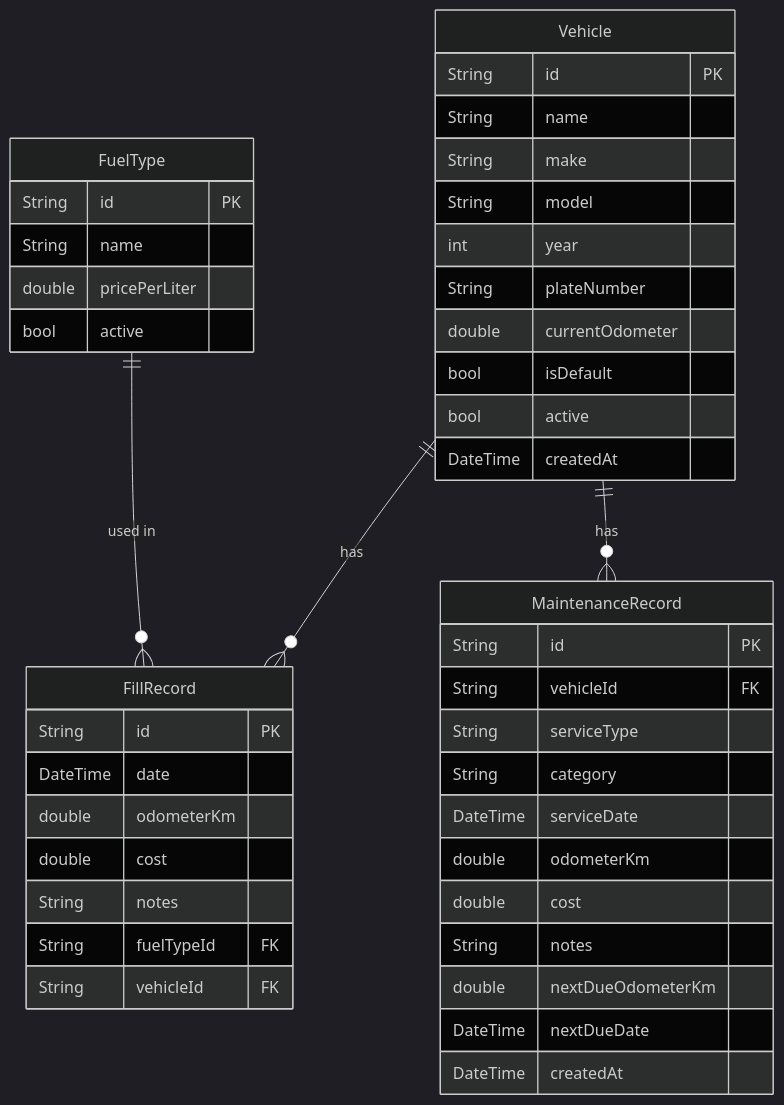
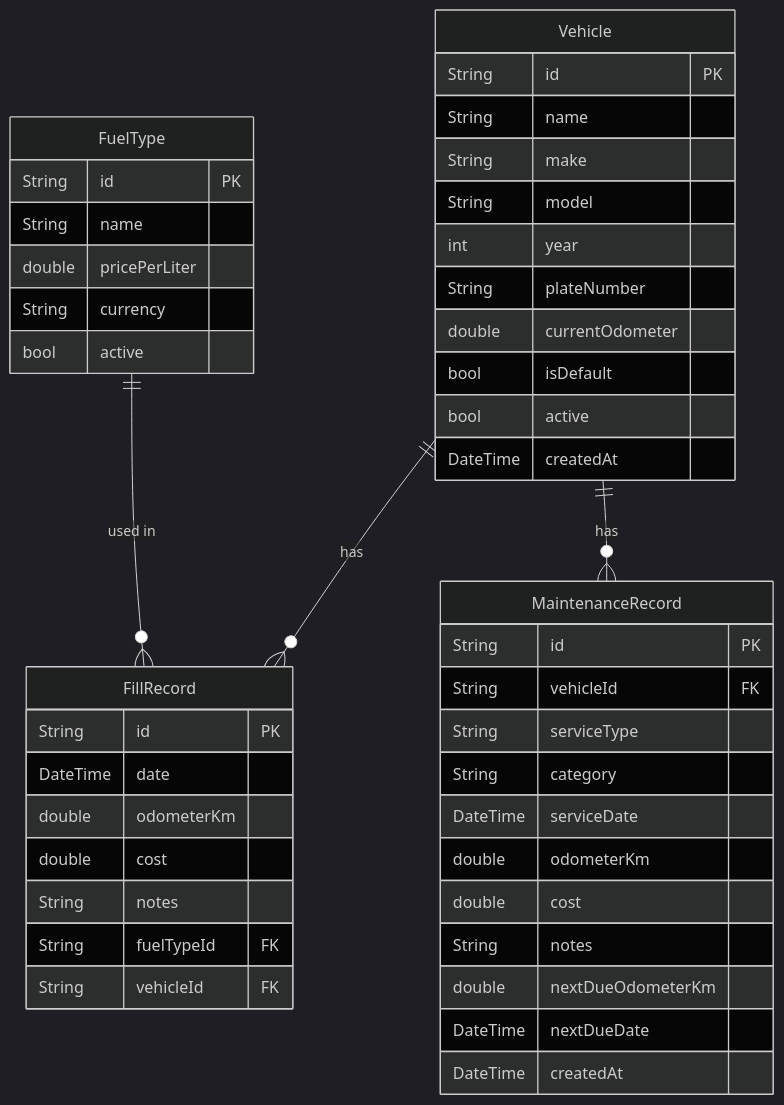
One commit to neotamizhan/petrol_log changed the sixth of 11 diagrams in docs/ARCHITECTURE.md. Above: the diagram before and after it, drawn with Mermaid (dark theme). The commit also changed other lines of this file and 10 other files, not shown here.

````diff
--- a/docs/ARCHITECTURE.md
+++ b/docs/ARCHITECTURE.md
@@ -173,50 +173,51 @@
 ```mermaid
 erDiagram
   Vehicle {
     String id PK
     String name
     String make
     String model
     int year
     String plateNumber
     double currentOdometer
     bool isDefault
     bool active
     DateTime createdAt
   }
 
   FuelType {
     String id PK
     String name
     double pricePerLiter
+    String currency
     bool active
   }
 
   FillRecord {
     String id PK
     DateTime date
     double odometerKm
     double cost
     String notes
     String fuelTypeId FK
     String vehicleId FK
   }
 
   MaintenanceRecord {
     String id PK
     String vehicleId FK
     String serviceType
     String category
     DateTime serviceDate
     double odometerKm
     double cost
     String notes
     double nextDueOdometerKm
     DateTime nextDueDate
     DateTime createdAt
   }
 
   Vehicle ||--o{ FillRecord : "has"
   Vehicle ||--o{ MaintenanceRecord : "has"
   FuelType ||--o{ FillRecord : "used in"
 ```
````
